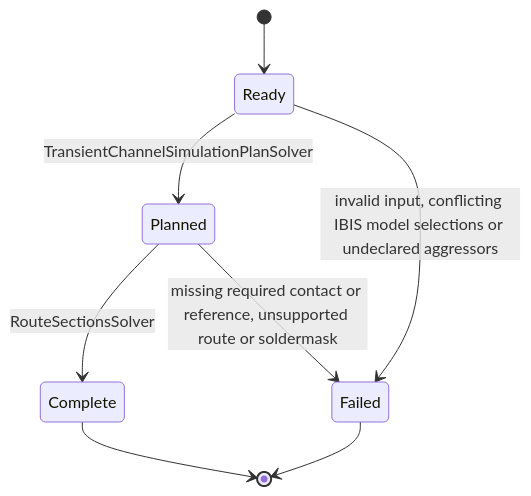
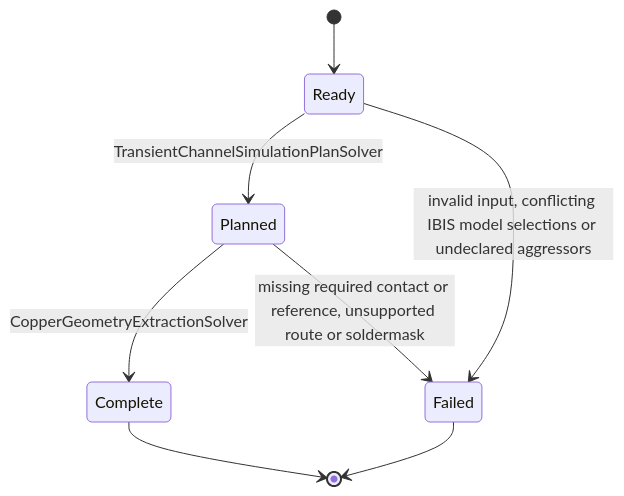
Before and after one commit to draarivpatel-ui/signal-integrity-pipeline: the second of 2 diagrams in docs/ARCHITECTURE.md, drawn with Mermaid. The commit also changed other lines of this file and 128 other files, not shown here.

Commit message:
refactor: name the copper geometry extraction solver

````diff
--- a/docs/ARCHITECTURE.md
+++ b/docs/ARCHITECTURE.md
@@ -29,10 +29,10 @@
 ```mermaid
 stateDiagram-v2
   [*] --> Ready
   Ready --> Planned: TransientChannelSimulationPlanSolver
-  Planned --> Complete: RouteSectionsSolver
+  Planned --> Complete: CopperGeometryExtractionSolver
   Planned --> Failed: missing required contact or reference, unsupported route or soldermask
   Ready --> Failed: invalid input, conflicting IBIS model selections or undeclared aggressors
   Complete --> [*]
   Failed --> [*]
 ```
````
